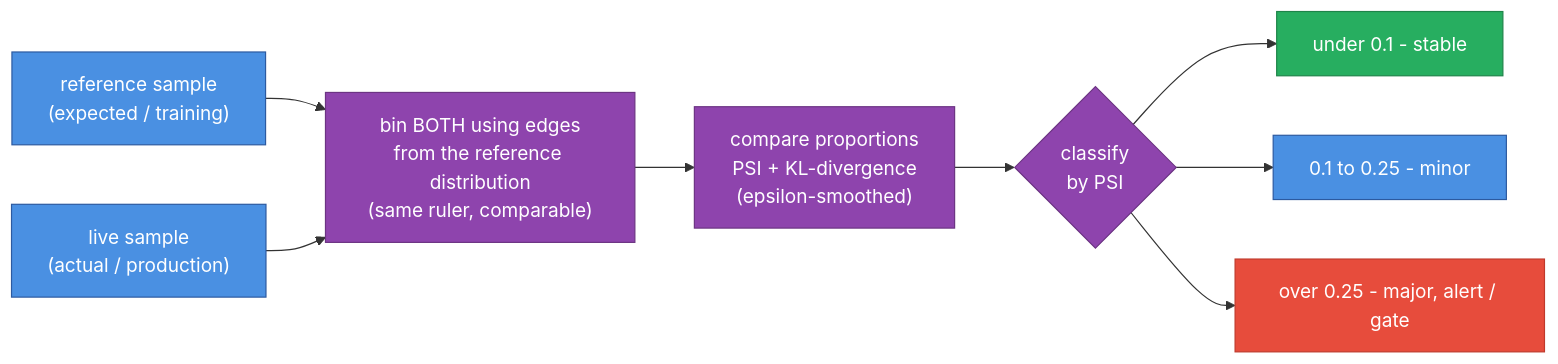
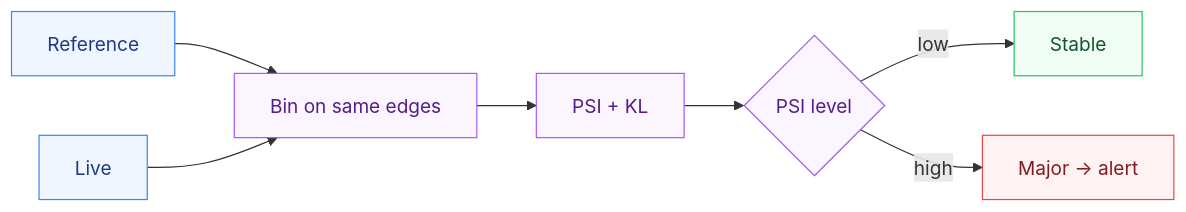
One commit to parag-labs/drift-watch changed the diagram in README.md. Above: the diagram before and after it, drawn with Mermaid.

Commit message:
Simplify the README diagram: short labels, softer palette

````diff
--- a/README.md
+++ b/README.md
@@ -61,21 +61,19 @@
 ```mermaid
 flowchart LR
-  classDef proc fill:#4a90e2,stroke:#2c5aa0,color:#fff
-  classDef good fill:#27ae60,stroke:#1e8449,color:#fff
-  classDef bad fill:#e74c3c,stroke:#c0392b,color:#fff
-  classDef work fill:#8e44ad,stroke:#6c3483,color:#fff
-  REF["reference sample<br/>(expected / training)"]:::proc
-  LIVE["live sample<br/>(actual / production)"]:::proc
-  BIN["bin BOTH using edges<br/>from the reference distribution<br/>(same ruler, comparable)"]:::work
-  CMP["compare proportions<br/>PSI + KL-divergence<br/>(epsilon-smoothed)"]:::work
-  CLS{"classify<br/>by PSI"}:::work
-  STABLE["under 0.1 - stable"]:::good
-  MINOR["0.1 to 0.25 - minor"]:::proc
-  MAJOR["over 0.25 - major, alert / gate"]:::bad
+  classDef proc fill:#eff6ff,stroke:#3b82f6,color:#1e3a8a
+  classDef good fill:#f0fdf4,stroke:#22c55e,color:#14532d
+  classDef bad fill:#fef2f2,stroke:#ef4444,color:#7f1d1d
+  classDef work fill:#faf5ff,stroke:#a855f7,color:#581c87
+  REF["Reference"]:::proc
+  LIVE["Live"]:::proc
+  BIN["Bin on same edges"]:::work
+  CMP["PSI + KL"]:::work
+  CLS{"PSI level"}:::work
+  STABLE["Stable"]:::good
+  MAJOR["Major → alert"]:::bad
   REF --> BIN
   LIVE --> BIN
   BIN --> CMP --> CLS
-  CLS --> STABLE
-  CLS --> MINOR
-  CLS --> MAJOR
+  CLS -->|low| STABLE
+  CLS -->|high| MAJOR
 ```
````
